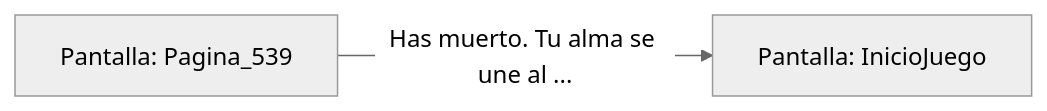
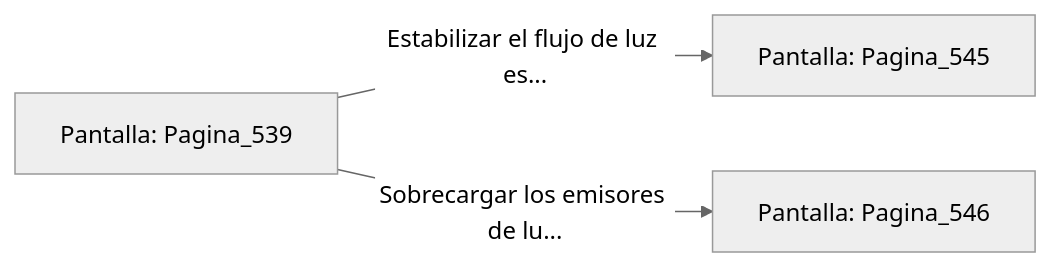
One commit to metsuke/mpl changed the diagram in sample/eligejuego-vault/Pantalla_Pagina_539.md. Above: the diagram before and after it, drawn with Mermaid (neutral theme). The commit also changed other lines of this file and 635 other files, not shown here.

First line of the commit message:
fix: añadir Pagina_1 como pantalla inicial en capitulo_01.mpl

````diff
--- a/sample/eligejuego-vault/Pantalla_Pagina_539.md
+++ b/sample/eligejuego-vault/Pantalla_Pagina_539.md
@@ -17,5 +24,6 @@
 ```mermaid
 graph LR
     P_Pagina_539["Pantalla: Pagina_539"]
-    P_Pagina_539 -->|"Has muerto. Tu alma se une al ..."| P_InicioJuego["Pantalla: InicioJuego"]
+    P_Pagina_539 -->|"Estabilizar el flujo de luz es..."| P_Pagina_545["Pantalla: Pagina_545"]
+    P_Pagina_539 -->|"Sobrecargar los emisores de lu..."| P_Pagina_546["Pantalla: Pagina_546"]
 ```
````
